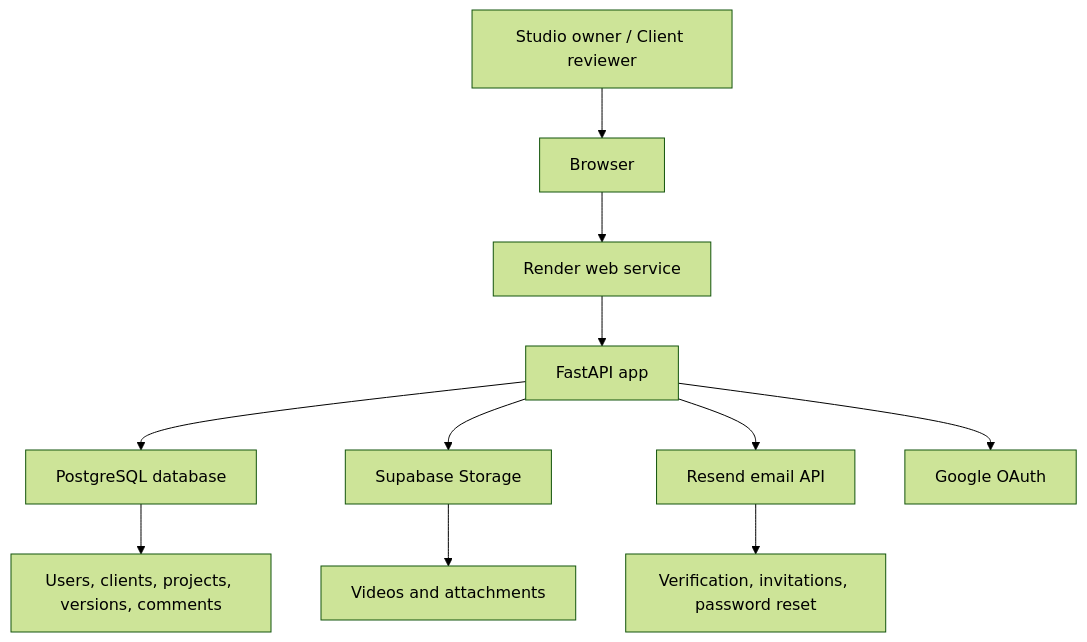
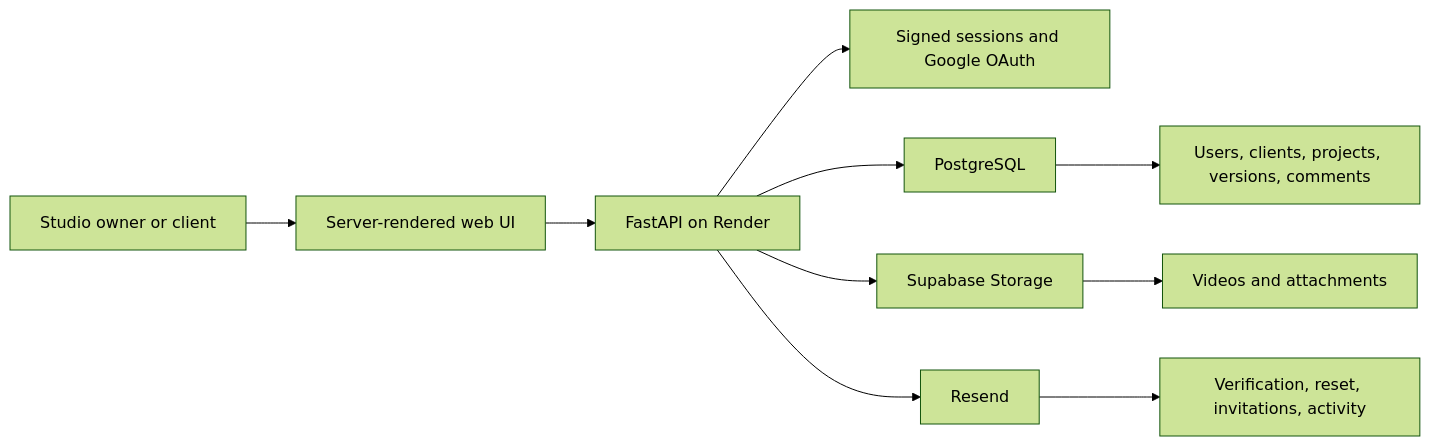
One commit to melody940504-ai/clientflow changed the diagram in README.md. Above: the diagram before and after it, drawn with Mermaid (forest theme). The commit also changed other lines of this file and 17 other files, not shown here.

````diff
--- a/README.md
+++ b/README.md
@@ -50,14 +54,13 @@
 ```mermaid
-flowchart TD
-    User["Studio owner / Client reviewer"] --> Browser["Browser"]
-    Browser --> Render["Render web service"]
-    Render --> FastAPI["FastAPI app"]
-    FastAPI --> Postgres["PostgreSQL database"]
-    FastAPI --> Supabase["Supabase Storage"]
-    FastAPI --> Resend["Resend email API"]
-    FastAPI --> Google["Google OAuth"]
+flowchart LR
+    Visitor["Studio owner or client"] --> Browser["Server-rendered web UI"]
+    Browser --> App["FastAPI on Render"]
+    App --> Auth["Signed sessions and Google OAuth"]
+    App --> DB["PostgreSQL"]
+    App --> Storage["Supabase Storage"]
+    App --> Email["Resend"]
 
-    Postgres --> Data["Users, clients, projects, versions, comments"]
-    Supabase --> Files["Videos and attachments"]
-    Resend --> Emails["Verification, invitations, password reset"]
+    DB --> Records["Users, clients, projects, versions, comments"]
+    Storage --> Assets["Videos and attachments"]
+    Email --> Messages["Verification, reset, invitations, activity"]
 ```
````
